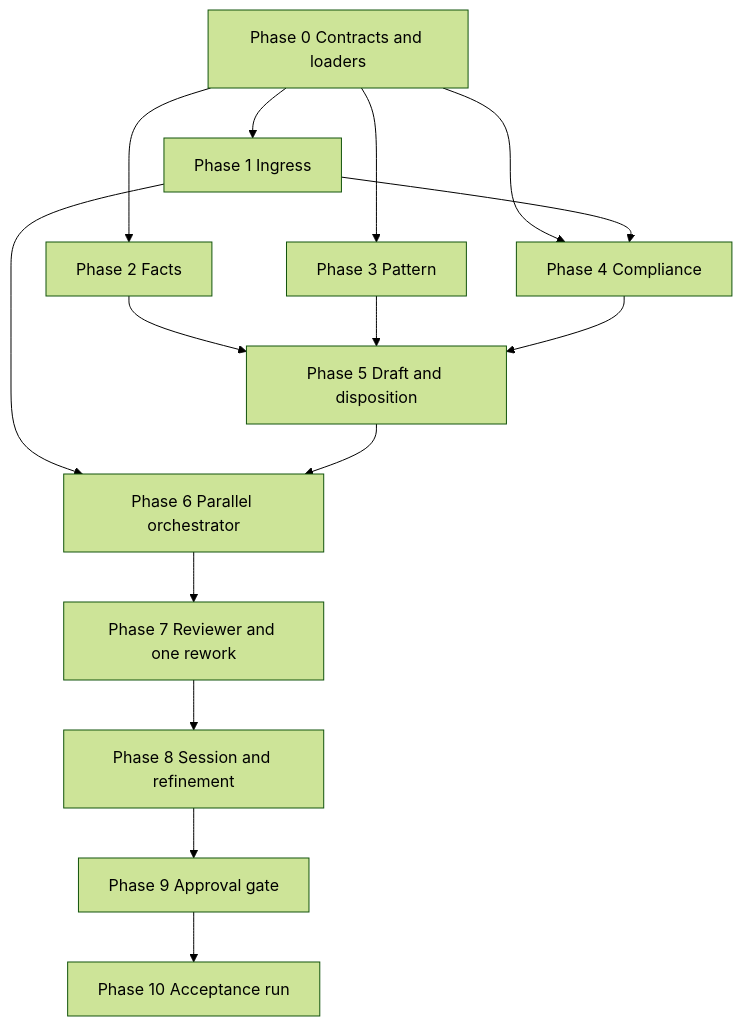
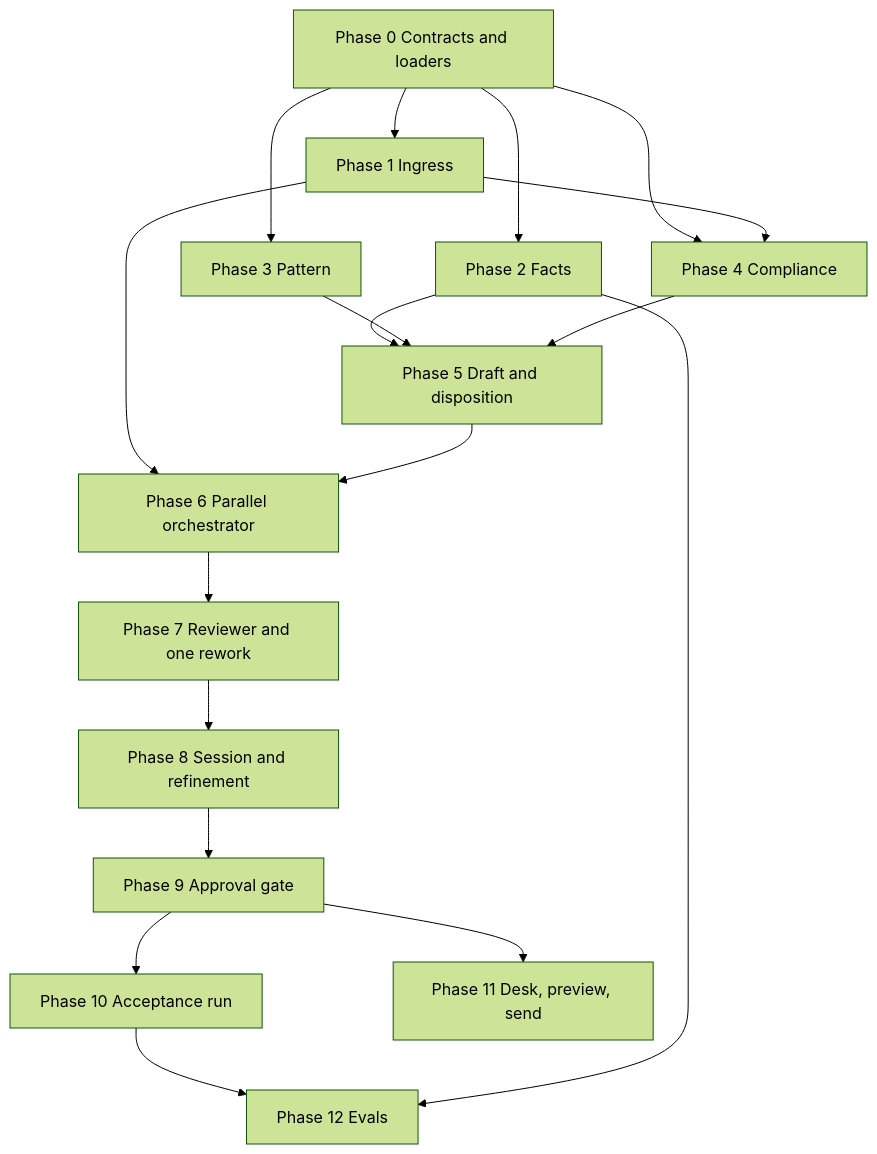
Before and after one commit to manisdevs-git/multi-agentic-system: the diagram in docs/implementation-plan.md, drawn with Mermaid (forest theme). The commit also changed other lines of this file and 32 other files, not shown here.

First line of the commit message:
Ship the Streamlit support desk with approve, preview, and MCP send.

````diff
--- a/docs/implementation-plan.md
+++ b/docs/implementation-plan.md
@@ -48,29 +53,34 @@
 ```mermaid
 flowchart TD
   P0[Phase 0 Contracts and loaders]
   P1[Phase 1 Ingress]
   P2[Phase 2 Facts]
   P3[Phase 3 Pattern]
   P4[Phase 4 Compliance]
   P5[Phase 5 Draft and disposition]
   P6[Phase 6 Parallel orchestrator]
   P7[Phase 7 Reviewer and one rework]
   P8[Phase 8 Session and refinement]
   P9[Phase 9 Approval gate]
   P10[Phase 10 Acceptance run]
+  P11[Phase 11 Desk, preview, send]
+  P12[Phase 12 Evals]
 
   P0 --> P1
   P0 --> P2
   P0 --> P3
   P0 --> P4
   P1 --> P4
   P2 --> P5
   P3 --> P5
   P4 --> P5
   P1 --> P6
   P5 --> P6
   P6 --> P7
   P7 --> P8
   P8 --> P9
   P9 --> P10
+  P9 --> P11
+  P10 --> P12
+  P2 --> P12
 ```
````
